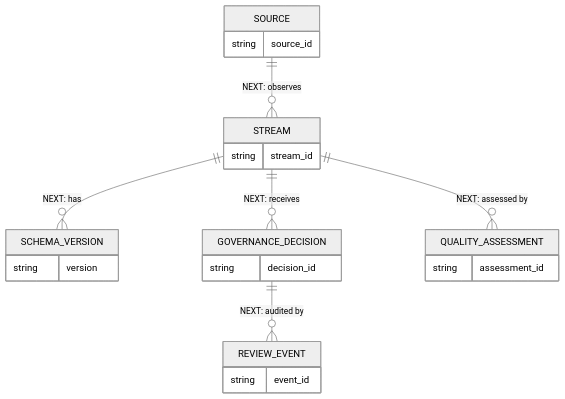
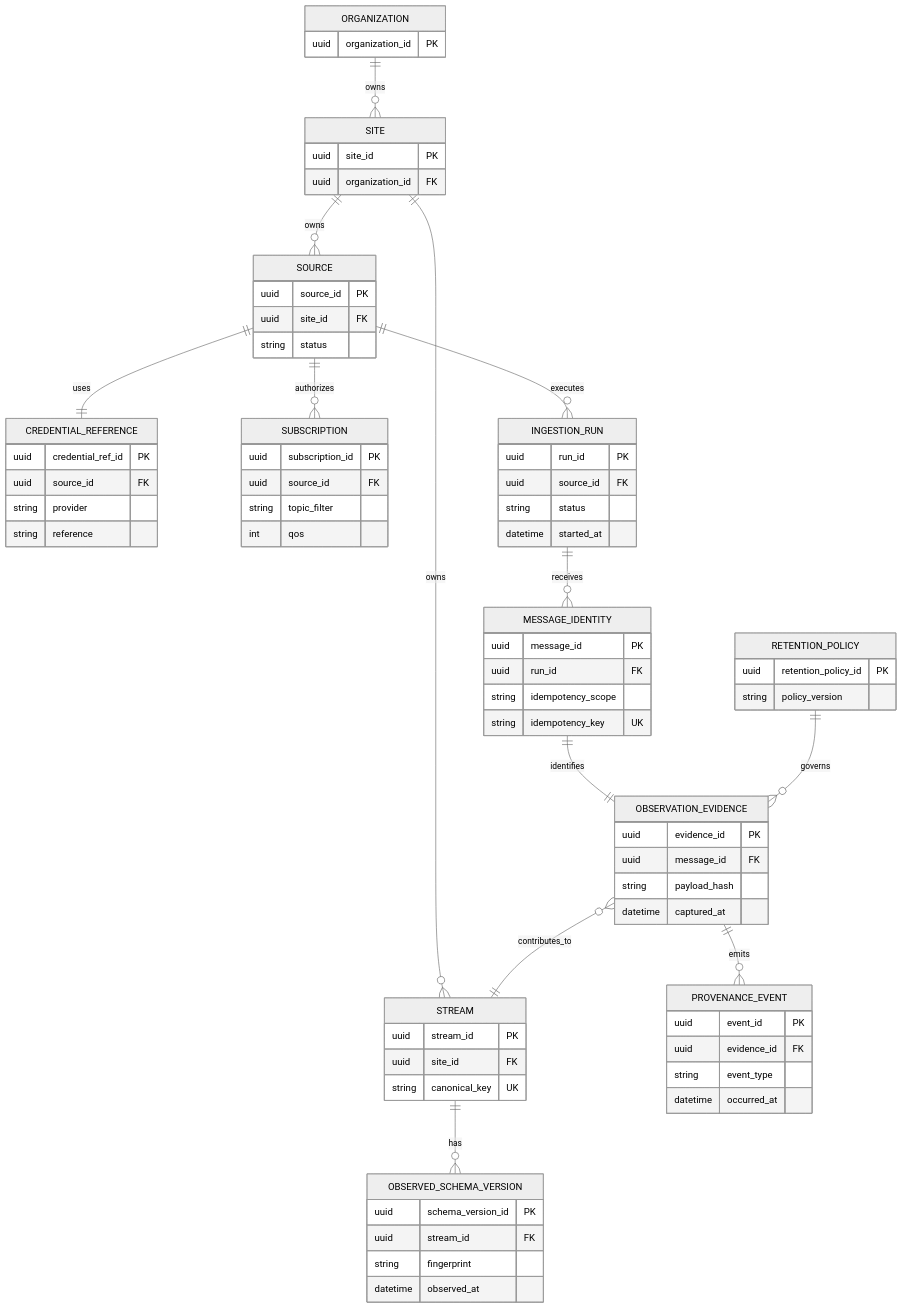
One commit to Ariunlag/smart-telemetry-governance changed the diagram in docs/diagrams/08_erd.mmd. Above: the diagram before and after it, drawn with Mermaid (neutral theme). The commit also changed 12 other files, not shown here.

Commit message:
docs: address architecture roadmap review findings

```diff
--- a/docs/diagrams/08_erd.mmd
+++ b/docs/diagrams/08_erd.mmd
@@ -1,12 +1,26 @@
 erDiagram
-  SOURCE ||--o{ STREAM : "NEXT: observes"
-  STREAM ||--o{ SCHEMA_VERSION : "NEXT: has"
-  STREAM ||--o{ GOVERNANCE_DECISION : "NEXT: receives"
-  GOVERNANCE_DECISION ||--o{ REVIEW_EVENT : "NEXT: audited by"
-  STREAM ||--o{ QUALITY_ASSESSMENT : "NEXT: assessed by"
-  SOURCE { string source_id }
-  STREAM { string stream_id }
-  SCHEMA_VERSION { string version }
-  GOVERNANCE_DECISION { string decision_id }
-  REVIEW_EVENT { string event_id }
-  QUALITY_ASSESSMENT { string assessment_id }
+  %% PROPOSED R1 contract; ADR required before implementation.
+  ORGANIZATION ||--o{ SITE : owns
+  SITE ||--o{ SOURCE : owns
+  SOURCE ||--|| CREDENTIAL_REFERENCE : uses
+  SOURCE ||--o{ SUBSCRIPTION : authorizes
+  SOURCE ||--o{ INGESTION_RUN : executes
+  INGESTION_RUN ||--o{ MESSAGE_IDENTITY : receives
+  MESSAGE_IDENTITY ||--|| OBSERVATION_EVIDENCE : identifies
+  RETENTION_POLICY ||--o{ OBSERVATION_EVIDENCE : governs
+  SITE ||--o{ STREAM : owns
+  OBSERVATION_EVIDENCE }o--|| STREAM : contributes_to
+  STREAM ||--o{ OBSERVED_SCHEMA_VERSION : has
+  OBSERVATION_EVIDENCE ||--o{ PROVENANCE_EVENT : emits
+  ORGANIZATION { uuid organization_id PK }
+  SITE { uuid site_id PK uuid organization_id FK }
+  SOURCE { uuid source_id PK uuid site_id FK string status }
+  CREDENTIAL_REFERENCE { uuid credential_ref_id PK uuid source_id FK string provider string reference }
+  SUBSCRIPTION { uuid subscription_id PK uuid source_id FK string topic_filter int qos }
+  INGESTION_RUN { uuid run_id PK uuid source_id FK string status datetime started_at }
+  MESSAGE_IDENTITY { uuid message_id PK uuid run_id FK string idempotency_scope string idempotency_key UK }
+  OBSERVATION_EVIDENCE { uuid evidence_id PK uuid message_id FK string payload_hash datetime captured_at }
+  STREAM { uuid stream_id PK uuid site_id FK string canonical_key UK }
+  OBSERVED_SCHEMA_VERSION { uuid schema_version_id PK uuid stream_id FK string fingerprint datetime observed_at }
+  PROVENANCE_EVENT { uuid event_id PK uuid evidence_id FK string event_type datetime occurred_at }
+  RETENTION_POLICY { uuid retention_policy_id PK string policy_version }
```
